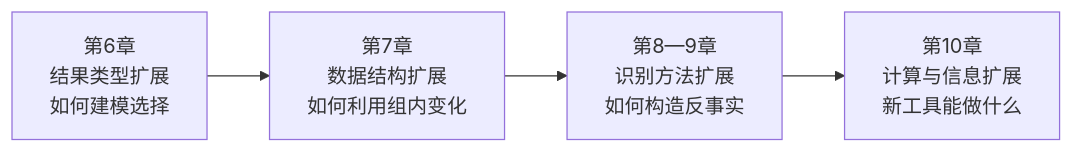
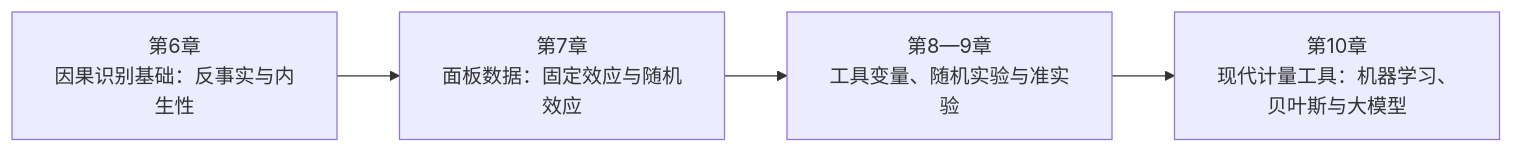
Before and after one commit to zhang-chenglei/Econometrics-course: the diagram in textbook/part2.qmd, drawn with Mermaid. The commit also changed other lines of this file and 76 other files, not shown here.

````diff
--- a/textbook/part2.qmd
+++ b/textbook/part2.qmd
@@ -11,6 +11,6 @@
 ```mermaid
 flowchart LR
-    A["第6章<br/>结果类型扩展<br/>如何建模选择"] --> B["第7章<br/>数据结构扩展<br/>如何利用组内变化"]
-    B --> C["第8—9章<br/>识别方法扩展<br/>如何构造反事实"]
-    C --> D["第10章<br/>计算与信息扩展<br/>新工具能做什么"]
+    A["第6章<br/>因果识别基础：反事实与内生性"] --> B["第7章<br/>面板数据：固定效应与随机效应"]
+    B --> C["第8—9章<br/>工具变量、随机实验与准实验"]
+    C --> D["第10章<br/>现代计量工具：机器学习、贝叶斯与大模型"]
 ```
````
